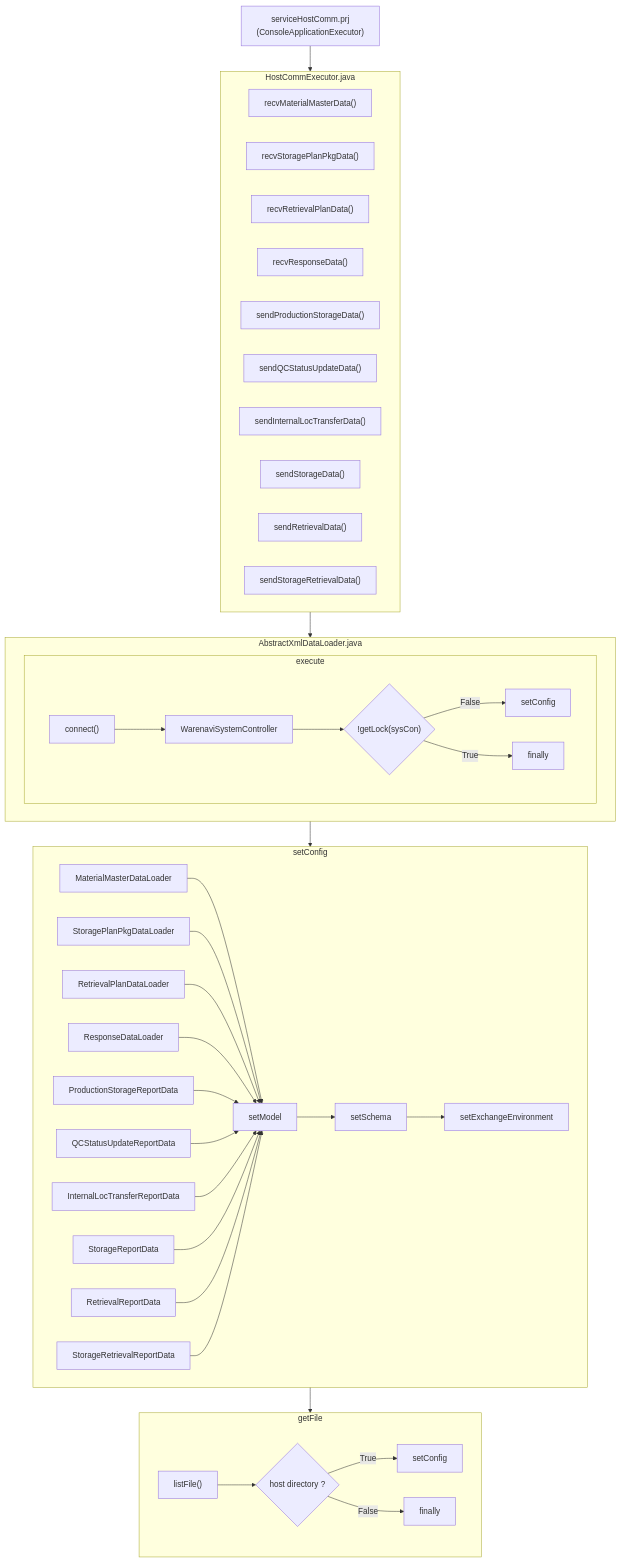
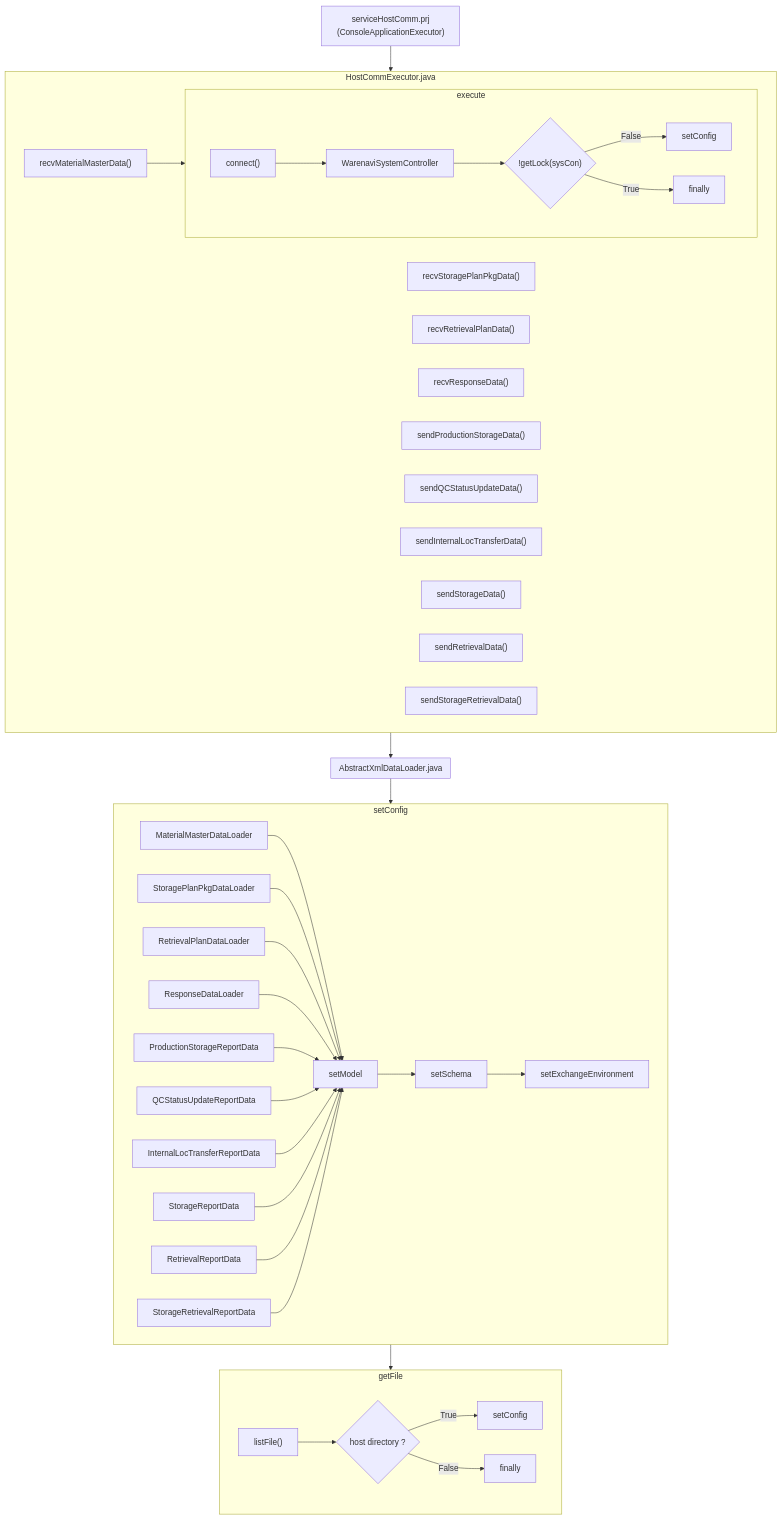
One commit to luthfiadityaa/SimeDarby-Wiki changed the diagram in Basic-Design/Host-Interfaces.md. Above: the diagram before and after it, drawn with Mermaid.

Commit message:
Updated Host Interfaces

```diff
--- a/Basic-Design/Host-Interfaces.md
+++ b/Basic-Design/Host-Interfaces.md
@@ -30,78 +30,78 @@
 ::: mermaid
 flowchart TD
  C1["serviceHostComm.prj<br>(ConsoleApplicationExecutor)"]           
  C1 --> HostCommExecutor.java
  AbstractXmlDataLoader.java
  HostCommExecutor.java --> AbstractXmlDataLoader.java
  AbstractXmlDataLoader.java --> setConfig
 setConfig --> getFile
 
 subgraph HostCommExecutor.java
- C2["recvMaterialMasterData()"]
+ C2["recvMaterialMasterData()"] --> execute
  C3["recvStoragePlanPkgData()"]
  C4["recvRetrievalPlanData()"]
  C5["recvResponseData()"]
  C6["sendProductionStorageData()"]
  C7["sendQCStatusUpdateData()"]
  C8["sendInternalLocTransferData()"]
  C9["sendStorageData()"]
  C10["sendRetrievalData()"]
  C11["sendStorageRetrievalData()"]
 end
 
 subgraph AbstractXmlDataLoader.java
  execute        
 end
 
 subgraph execute
  C13["connect()"]
  C14["WarenaviSystemController"]
  
  Cond1{"!getLock(sysCon)"} 
 
  C16["setConfig"]
  C15["finally"]
 
  C13 --> C14 --> Cond1
  Cond1 --> |False| C16
  Cond1 --> |True| C15   
 end
 
 subgraph setConfig
 
  E11["setModel"]
  E12["setSchema"]
  E13["setExchangeEnvironment"]
 
  E11--> E12 --> E13
 
  C21["MaterialMasterDataLoader"] --> E11
  C22["StoragePlanPkgDataLoader"] --> E11
  C23["RetrievalPlanDataLoader"] --> E11
  C24["ResponseDataLoader"] --> E11
  C25["ProductionStorageReportData"] --> E11
  C26["QCStatusUpdateReportData"] --> E11
  C27["InternalLocTransferReportData"] --> E11
  C28["StorageReportData"] --> E11
  C29["RetrievalReportData"] --> E11
  C30["StorageRetrievalReportData"] --> E11
 
             
 end
 
 subgraph getFile
  C31["listFile()"]    
 
  Cond2{"host directory ?"}   
 
  C32["setConfig"]
  C33["finally"]
 
  C31 --> Cond2
 
 Cond2 --> |True| C32
 Cond2 --> |False| C33
 
 end
 
 :::
```
